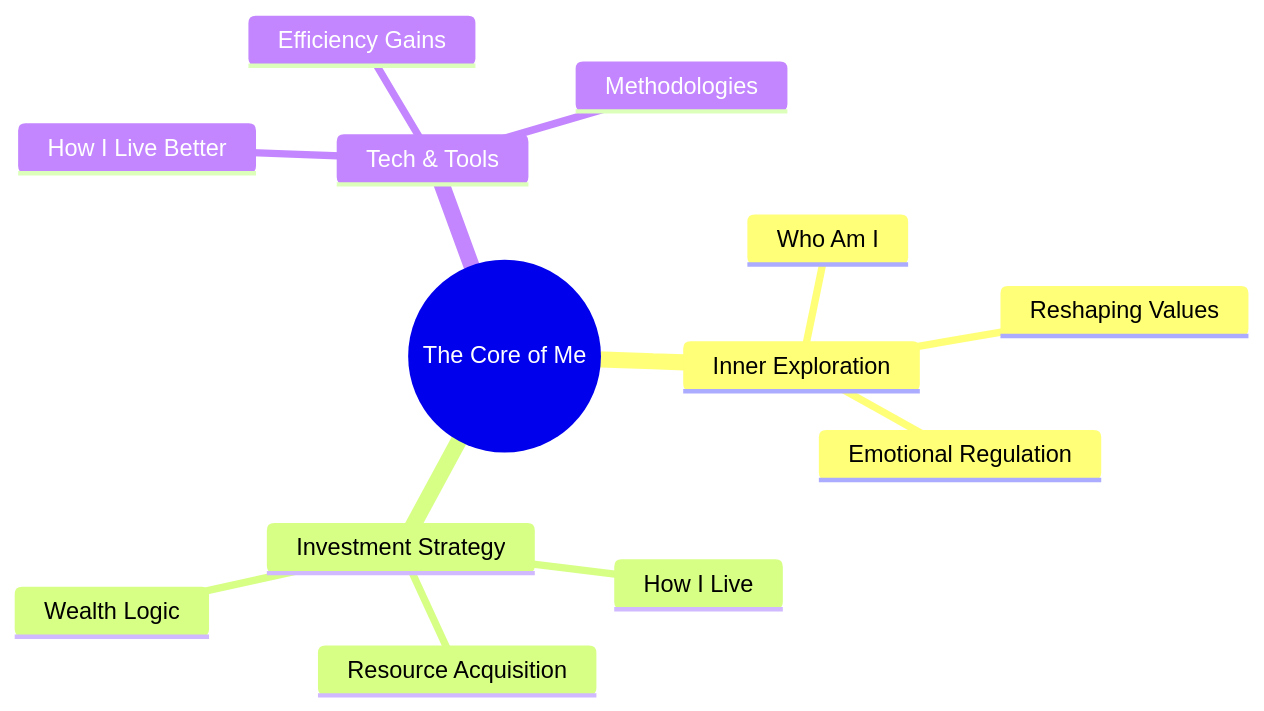
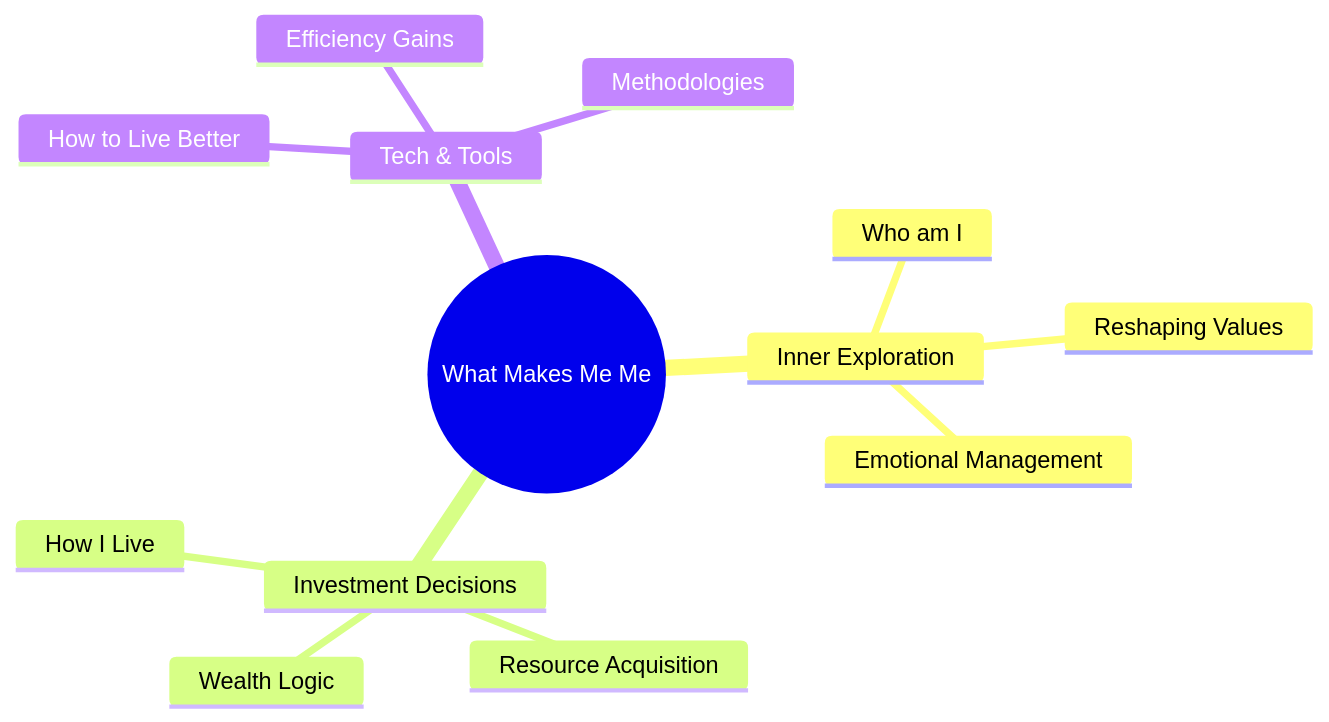
One commit to cworld1/astro-theme-pure changed the second of 2 diagrams in src/content/blog/en/stop-eating-shit-in-advance/index.mdx. Above: the diagram before and after it, drawn with Mermaid. The commit also changed other lines of this file and 16 other files, not shown here.

````diff
--- a/src/content/blog/en/stop-eating-shit-in-advance/index.mdx
+++ b/src/content/blog/en/stop-eating-shit-in-advance/index.mdx
@@ -104,19 +119,19 @@
 ```mermaid
 mindmap
-  root((The Core of Me))
+  root((What Makes Me Me))
     Inner Exploration
       ::icon(fa fa-heart)
-      Who Am I
+      Who am I
       Reshaping Values
-      Emotional Regulation
-    Investment Strategy
+      Emotional Management
+    Investment Decisions
       ::icon(fa fa-chart-line)
       How I Live
       Resource Acquisition
       Wealth Logic
     Tech & Tools
       ::icon(fa fa-laptop)
-      How I Live Better
+      How to Live Better
       Efficiency Gains
       Methodologies
 ```
````
